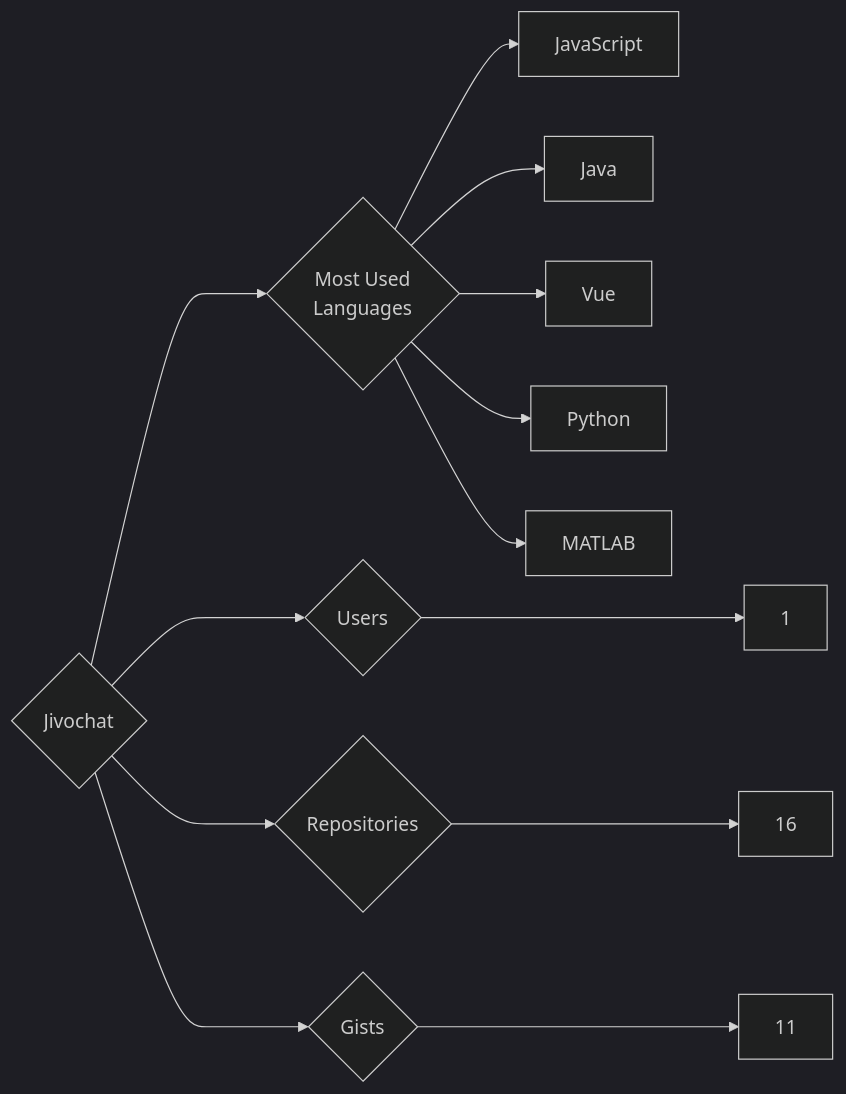
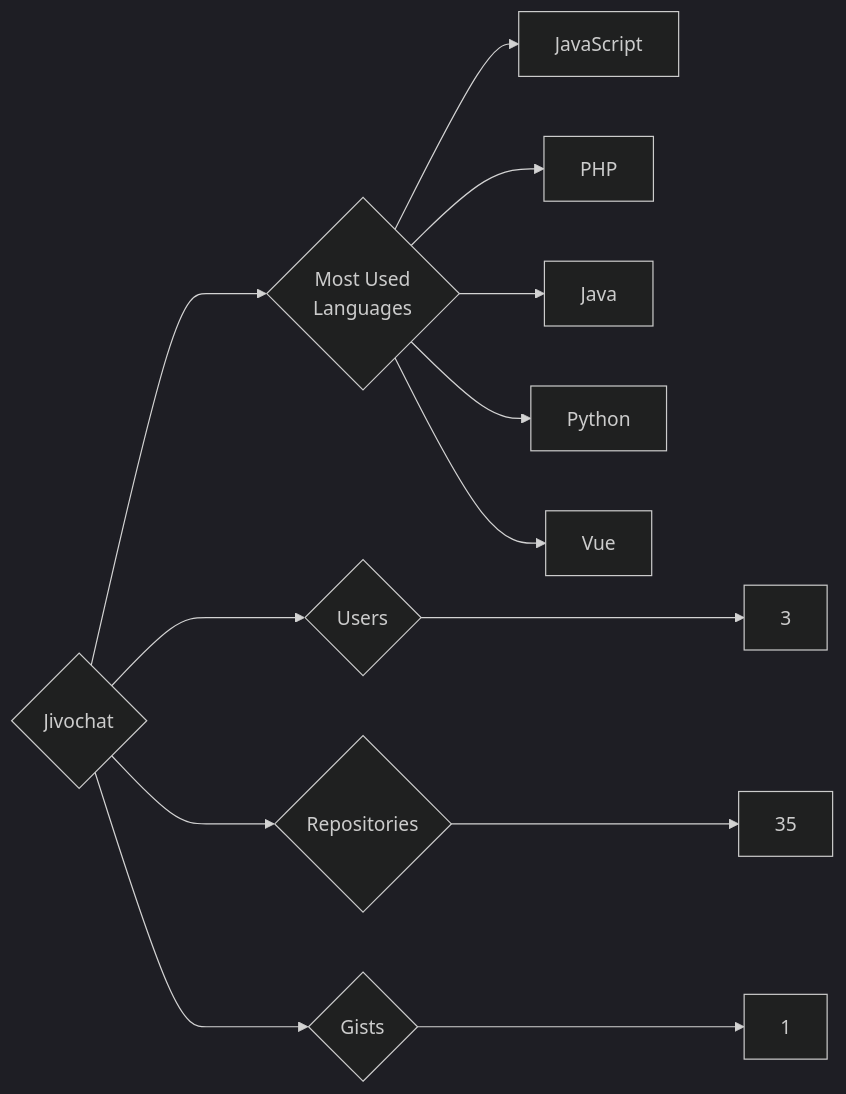
The diagram in targets/Jivochat/README.md (trickest/insiders), drawn with Mermaid (dark theme) before and after one commit. The commit also changed 814 other files, not shown here.

````diff
--- a/targets/Jivochat/README.md
+++ b/targets/Jivochat/README.md
@@ -3,13 +3,13 @@
 ```mermaid
 graph LR
 COMPANY_NAME{Jivochat}
-COMPANY_NAME ---> U{Users} ---> UN[1]
-COMPANY_NAME ---> R{Repositories} ---> RN[16]
-COMPANY_NAME ---> G{Gists} ---> GN[11]
+COMPANY_NAME ---> U{Users} ---> UN[3]
+COMPANY_NAME ---> R{Repositories} ---> RN[35]
+COMPANY_NAME ---> G{Gists} ---> GN[1]
 COMPANY_NAME ---> ML{Most Used<br>Languages}
 ML --> JavaScript[JavaScript]
+ML --> PHP[PHP]
 ML --> Java[Java]
+ML --> Python[Python]
 ML --> Vue[Vue]
-ML --> Python[Python]
-ML --> MATLAB[MATLAB]
 ```
````
